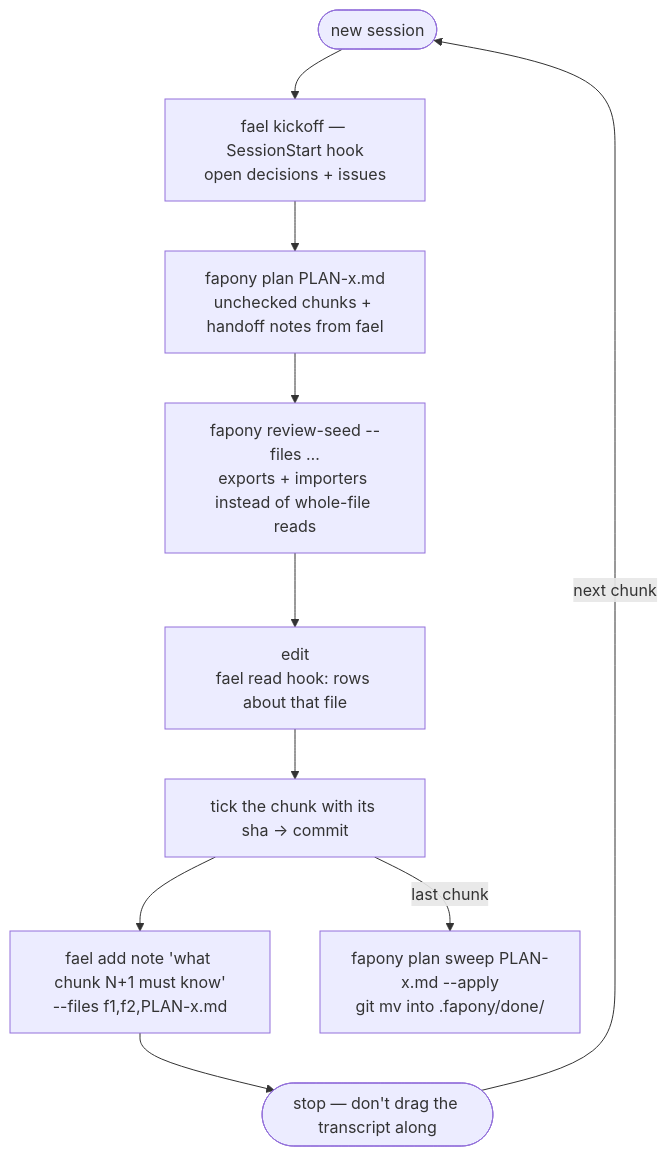
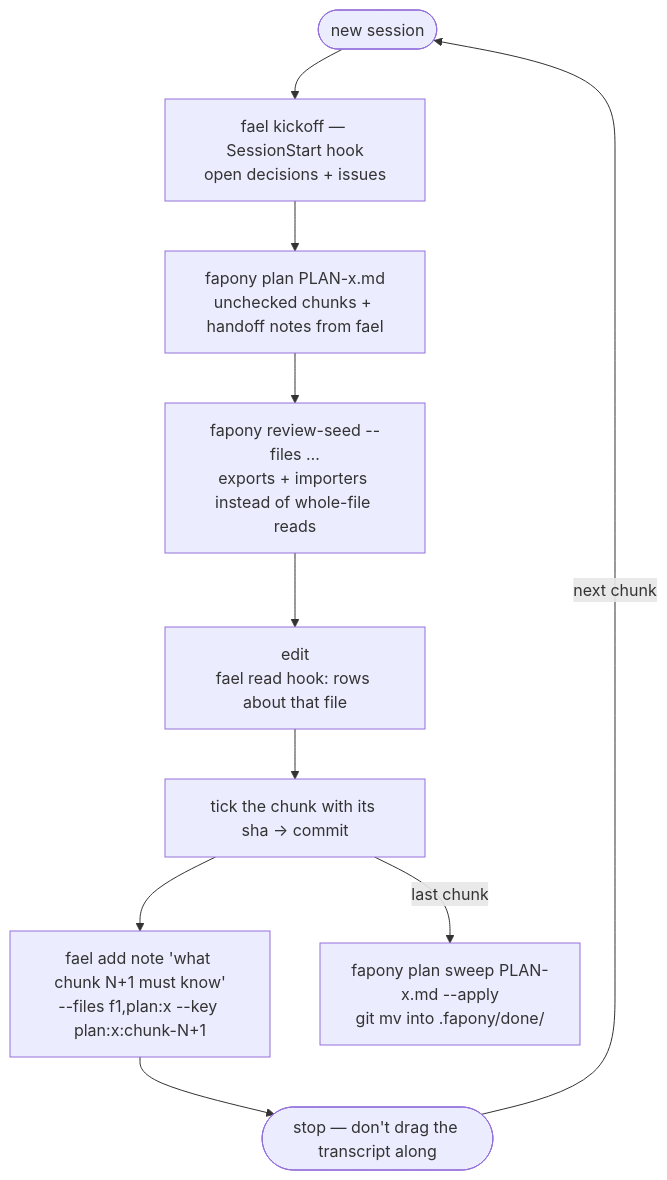
Before and after one commit to zecalis/fapony: the first of 2 diagrams in README.md, drawn with Mermaid. The commit also changed other lines of this file and 10 other files, not shown here.

First line of the commit message:
feat(plan): find chunk handoff rows by plan: anchor and key, not just path (#111)

````diff
--- a/README.md
+++ b/README.md
@@ -34,12 +34,12 @@
 ```mermaid
 flowchart TD
     S([new session]) --> K["fael kickoff — SessionStart hook<br/>open decisions + issues"]
     K --> P["fapony plan PLAN-x.md<br/>unchecked chunks + handoff notes from fael"]
     P --> L["fapony review-seed --files …<br/>exports + importers instead of whole-file reads"]
     L --> E["edit<br/>fael read hook: rows about that file"]
     E --> C["tick the chunk with its sha → commit"]
-    C --> N["fael add note 'what chunk N+1 must know'<br/>--files f1,f2,PLAN-x.md"]
+    C --> N["fael add note 'what chunk N+1 must know'<br/>--files f1,plan:x --key plan:x:chunk-N+1"]
     N --> X([stop — don't drag the transcript along])
     X -->|next chunk| S
     C -->|last chunk| W["fapony plan sweep PLAN-x.md --apply<br/>git mv into .fapony/done/"]
 ```
````
